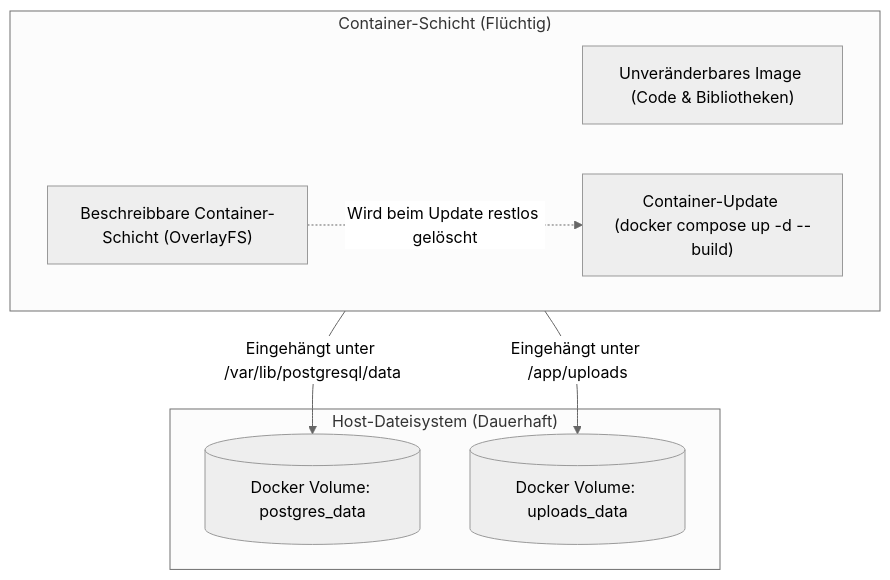
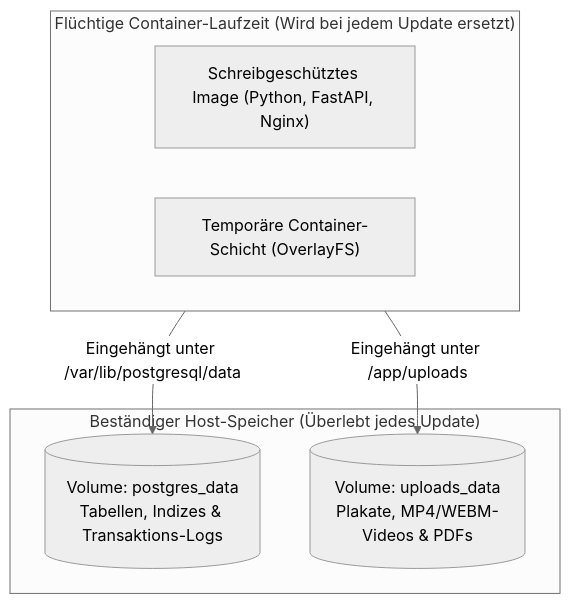
Before and after one commit to Pascal-Thommen/pascal-thommen.github.io: the third of 3 diagrams in content/posts/upa-campus-app-architecture-part-2/index.de.md, drawn with Mermaid (neutral theme). The commit also changed other lines of this file and 25 other files, not shown here.

````diff
--- a/content/posts/upa-campus-app-architecture-part-2/index.de.md
+++ b/content/posts/upa-campus-app-architecture-part-2/index.de.md
@@ -240,15 +183,13 @@
 ```mermaid
 flowchart TD
-    subgraph ContainerLifecycle["Container-Schicht (Flüchtig)"]
-        AppCode["Unveränderbares Image (Code & Bibliotheken)"]
-        TempFS["Beschreibbare Container-Schicht (OverlayFS)"]
-        KillAction["Container-Update (docker compose up -d --build)"]
-        TempFS -.->|Wird beim Update restlos gelöscht| KillAction
+    subgraph Fluechtig["Flüchtige Container-Laufzeit (Wird bei jedem Update ersetzt)"]
+        Code["Schreibgeschütztes Image (Python, FastAPI, Nginx)"]
+        Overlay["Temporäre Container-Schicht (OverlayFS)"]
     end
-    subgraph HostStorage["Host-Dateisystem (Dauerhaft)"]
-        PGVolume[("Docker Volume: postgres_data")]
-        UploadVolume[("Docker Volume: uploads_data")]
+    subgraph Dauerhaft["Beständiger Host-Speicher (Überlebt jedes Update)"]
+        VolDB[("Volume: postgres_data\nTabellen, Indizes & Transaktions-Logs")]
+        VolMedia[("Volume: uploads_data\nPlakate, MP4/WEBM-Videos & PDFs")]
     end
-    ContainerLifecycle -->|Eingehängt unter /var/lib/postgresql/data| PGVolume
-    ContainerLifecycle -->|Eingehängt unter /app/uploads| UploadVolume
+    Fluechtig -->|Eingehängt unter /var/lib/postgresql/data| VolDB
+    Fluechtig -->|Eingehängt unter /app/uploads| VolMedia
 ```
````
